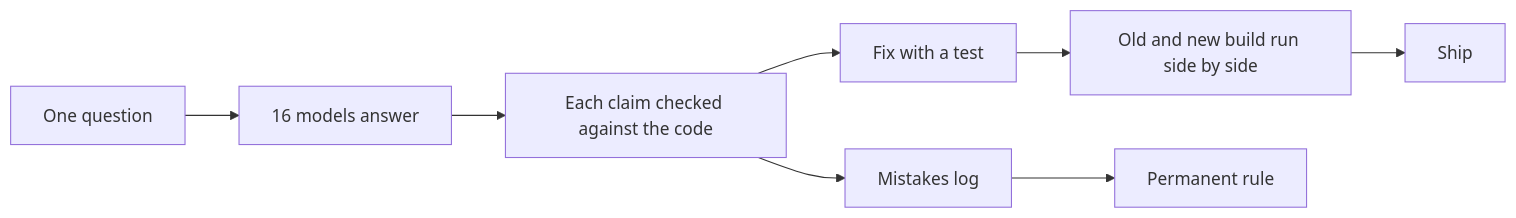
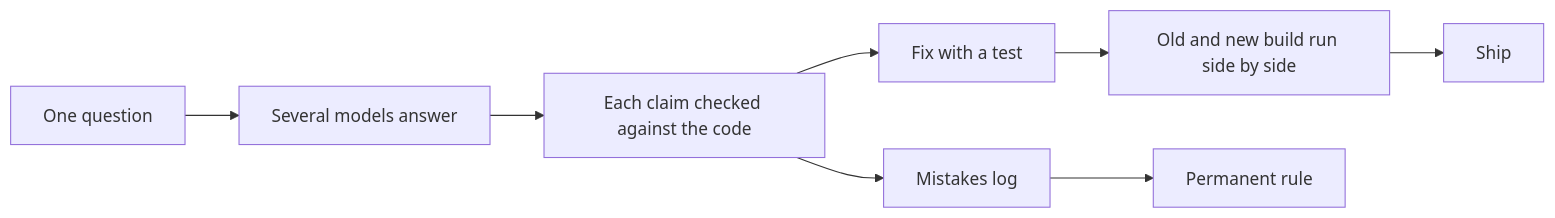
The diagram in README.md (dominicferri/dominicferri), drawn with Mermaid before and after one commit. The commit also changed other lines of this file, not shown here.

Commit message:
Make the review example generic
Describe the ten-model review without naming the project, and label the diagram step as several models.

````diff
--- a/README.md
+++ b/README.md
@@ -33,10 +33,10 @@
 ```mermaid
 flowchart LR
-  Q["One question"] --> M["16 models answer"]
+  Q["One question"] --> M["Several models answer"]
   M --> C["Each claim checked against the code"]
   C --> F["Fix with a test"]
   F --> P["Old and new build run side by side"]
   P --> S["Ship"]
   C --> L["Mistakes log"]
   L --> R["Permanent rule"]
 ```
````
